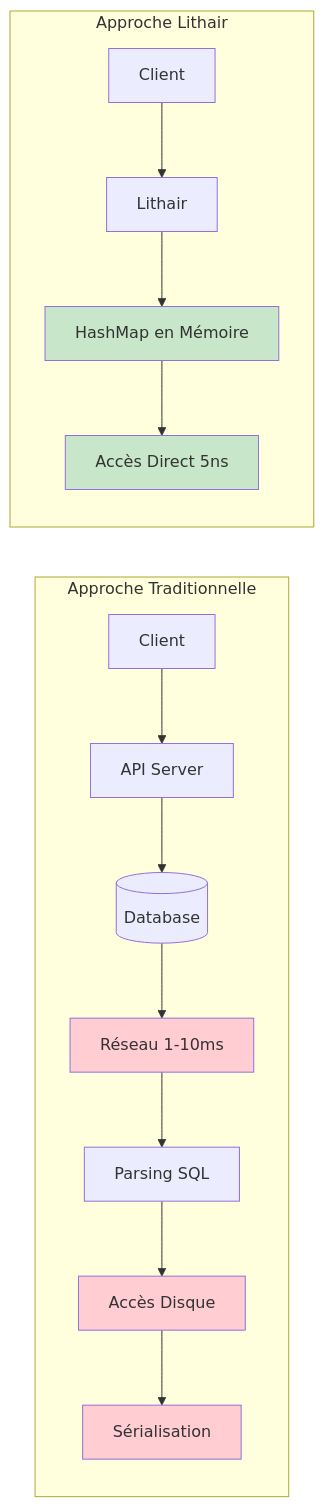
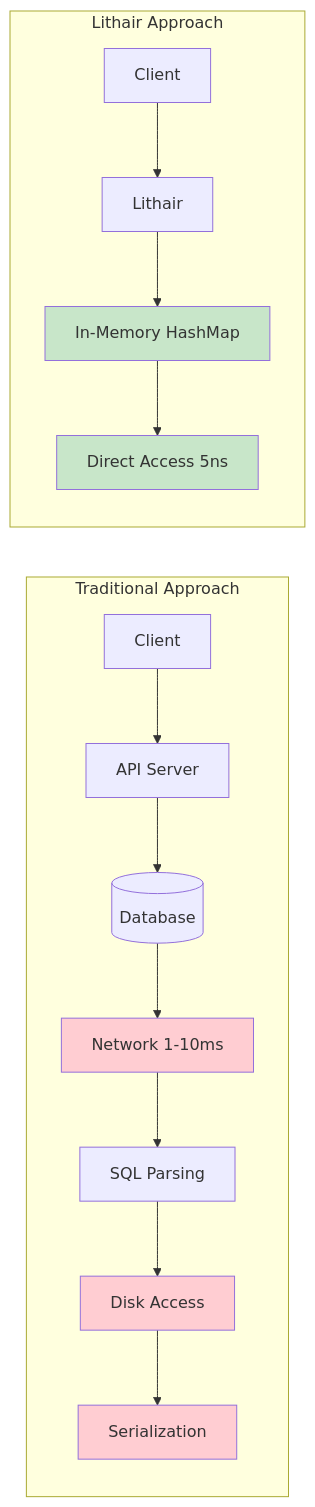
The seventh of 15 diagrams in docs/architecture/system-design.md (lithair/lithair), drawn with Mermaid before and after one commit. The commit also changed other lines of this file and 84 other files, not shown here.

````diff
--- a/docs/architecture/system-design.md
+++ b/docs/architecture/system-design.md
@@ -222,23 +222,23 @@
 ```mermaid
 graph LR
-    subgraph "Approche Traditionnelle"
+    subgraph "Traditional Approach"
         CLIENT1[Client] --> API1[API Server]
         API1 --> DB1[(Database)]
-        DB1 --> NETWORK1[Réseau 1-10ms]
-        NETWORK1 --> QUERY1[Parsing SQL]
-        QUERY1 --> DISK1[Accès Disque]
-        DISK1 --> SERIALIZE1[Sérialisation]
+        DB1 --> NETWORK1[Network 1-10ms]
+        NETWORK1 --> QUERY1[SQL Parsing]
+        QUERY1 --> DISK1[Disk Access]
+        DISK1 --> SERIALIZE1[Serialization]
     end
 
-    subgraph "Approche Lithair"
+    subgraph "Lithair Approach"
         CLIENT2[Client] --> API2[Lithair]
-        API2 --> MEMORY2[HashMap en Mémoire]
-        MEMORY2 --> DIRECT2[Accès Direct 5ns]
+        API2 --> MEMORY2[In-Memory HashMap]
+        MEMORY2 --> DIRECT2[Direct Access 5ns]
     end
 
     style NETWORK1 fill:#ffcdd2
     style DISK1 fill:#ffcdd2
     style SERIALIZE1 fill:#ffcdd2
     style MEMORY2 fill:#c8e6c9
     style DIRECT2 fill:#c8e6c9
 ```
````
